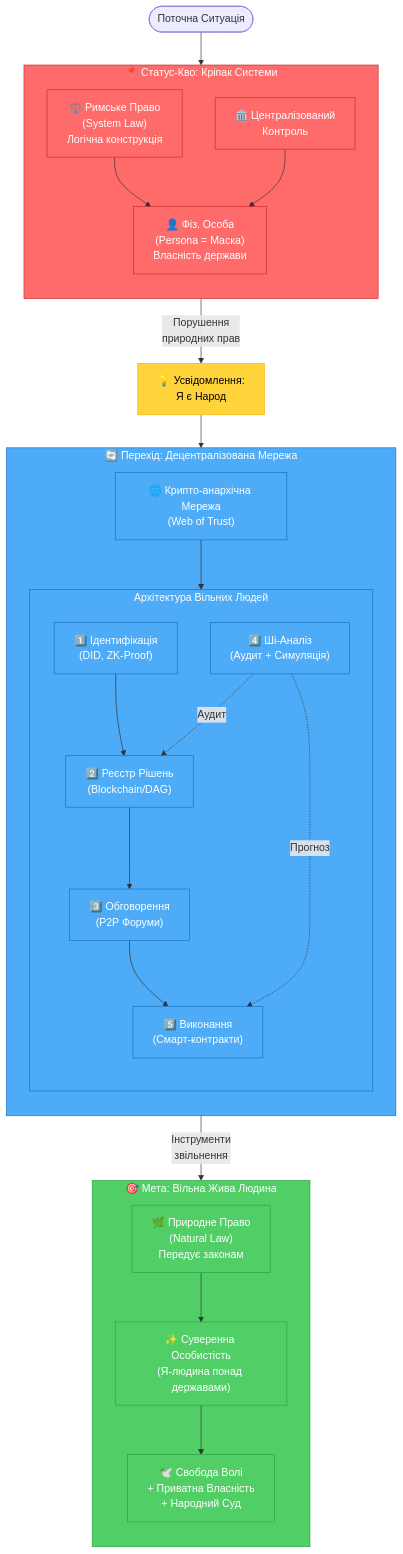
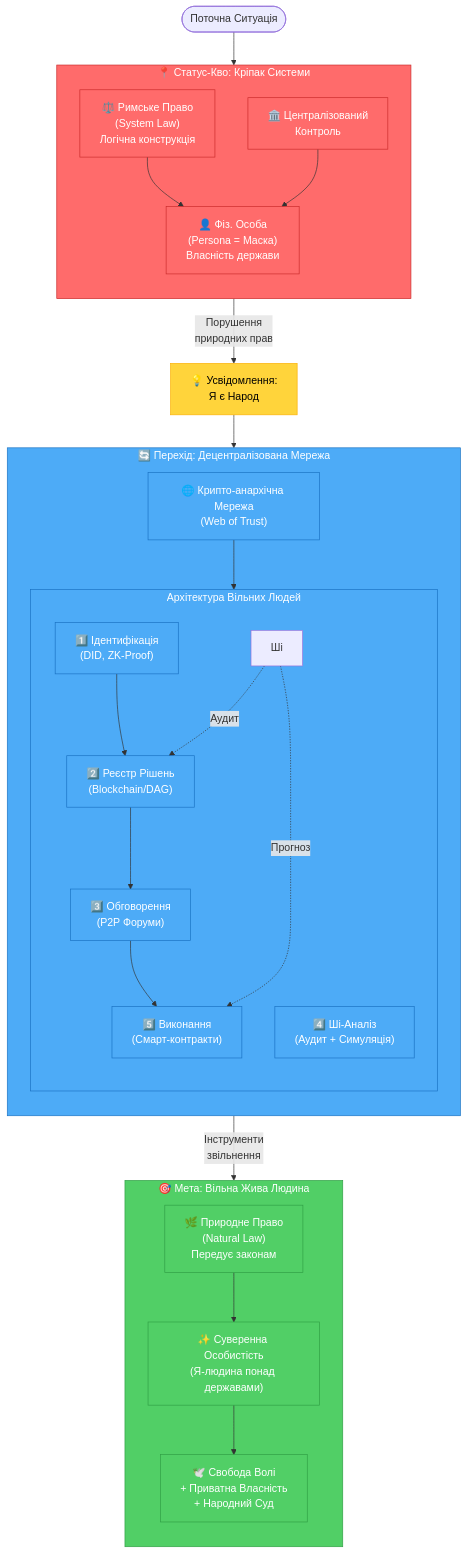
One commit to yaro-rasta/willni changed the diagram in README.md. Above: the diagram before and after it, drawn with Mermaid. The commit also changed 40 other files, not shown here.

````diff
--- a/README.md
+++ b/README.md
@@ -9,70 +9,70 @@
 ```mermaid
 flowchart TB
     %% Статус-Кво
     Start([Поточна Ситуація]) --> StatusQuo
     
     subgraph StatusQuo [📍 Статус-Кво: Кріпак Системи]
         direction TB
         RL["⚖️ Римське Право<br/>(System Law)<br/>Логічна конструкція"]
         Person["👤 Фіз. Особа<br/>(Persona = Маска)<br/>Власність держави"]
         Central["🏛️ Централізований<br/>Контроль"]
         
         RL --> Person
         Central --> Person
     end
     
     %% Усвідомлення проблеми
     StatusQuo -->|Порушення<br/>природних прав| Awareness
     
     Awareness["💡 Усвідомлення:<br/>Я є Народ"]
     
     %% Перехід
     Awareness --> Transition
     
     subgraph Transition [🔄 Перехід: Децентралізована Мережа]
         direction TB
         
         Net["🌐 Крипто-анархічна Мережа<br/>(Web of Trust)"]
         
         Net --> Arch
         
         subgraph Arch [Архітектура Вільних Людей]
             direction TB
             ID["1️⃣ Ідентифікація<br/>(DID, ZK-Proof)"]
             Reg["2️⃣ Реєстр Рішень<br/>(Blockchain/DAG)"]
             Disc["3️⃣ Обговорення<br/>(P2P Форуми)"]
             AI["4️⃣ Ші-Аналіз<br/>(Аудит + Симуляція)"]
             Exec["5️⃣ Виконання<br/>(Смарт-контракти)"]
             
             ID --> Reg
             Reg --> Disc
             Disc --> Exec
-            AI -.->|Аудит| Reg
-            AI -.->|Прогноз| Exec
+            Ші -.->|Аудит| Reg
+            Ші -.->|Прогноз| Exec
         end
     end
     
     %% Мета
     Transition -->|Інструменти<br/>звільнення| Goal
     
     subgraph Goal [🎯 Мета: Вільна Жива Людина]
         direction TB
         NL["🌿 Природне Право<br/>(Natural Law)<br/>Передує законам"]
         Sovereign["✨ Суверенна Особистість<br/>(Я-людина понад державами)"]
         Freedom["🕊️ Свобода Волі<br/>+ Приватна Власність<br/>+ Народний Суд"]
         
         NL --> Sovereign
         Sovereign --> Freedom
     end
     
     %% Стилі
     classDef statusClass fill:#ff6b6b,stroke:#c92a2a,color:#fff
     classDef transitionClass fill:#4dabf7,stroke:#1971c2,color:#fff
     classDef goalClass fill:#51cf66,stroke:#2f9e44,color:#fff
     classDef awarenessClass fill:#ffd43b,stroke:#fab005,color:#000
     
     class StatusQuo,RL,Person,Central statusClass
     class Transition,Net,Arch,ID,Reg,Disc,AI,Exec transitionClass
     class Goal,NL,Sovereign,Freedom goalClass
     class Awareness awarenessClass
 ```
````
